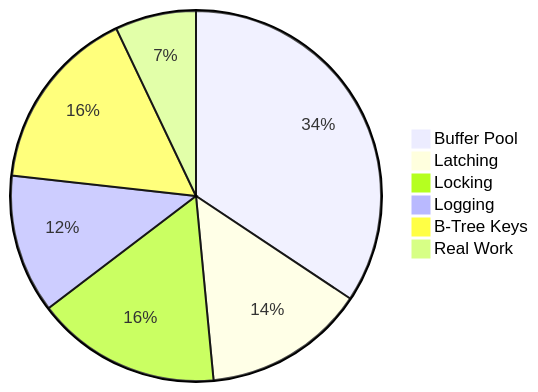
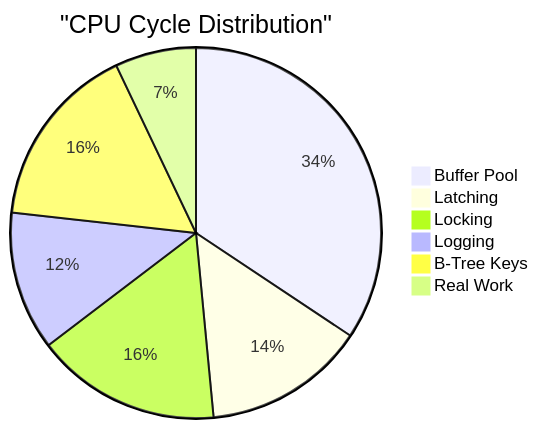
Before and after one commit to Juliper/TUDa_HiveMind_Vault: the second of 2 diagrams in Notes/Complex Networked Systems/Disk-Based DBMS.md, drawn with Mermaid. The commit also changed other lines of this file and 30 other files, not shown here.

````diff
--- a/Notes/Complex Networked Systems/Disk-Based DBMS.md
+++ b/Notes/Complex Networked Systems/Disk-Based DBMS.md
@@ -14,9 +34,9 @@
 ```mermaid
-pie
+pie title "CPU Cycle Distribution"
     "Buffer Pool" : 34
     "Latching" : 14
-	"Locking" : 16
-	"Logging" : 12
-	"B-Tree Keys" : 16
-	"Real Work" : 7
+    "Locking" : 16
+    "Logging" : 12
+    "B-Tree Keys" : 16
+    "Real Work" : 7
 ```
````
